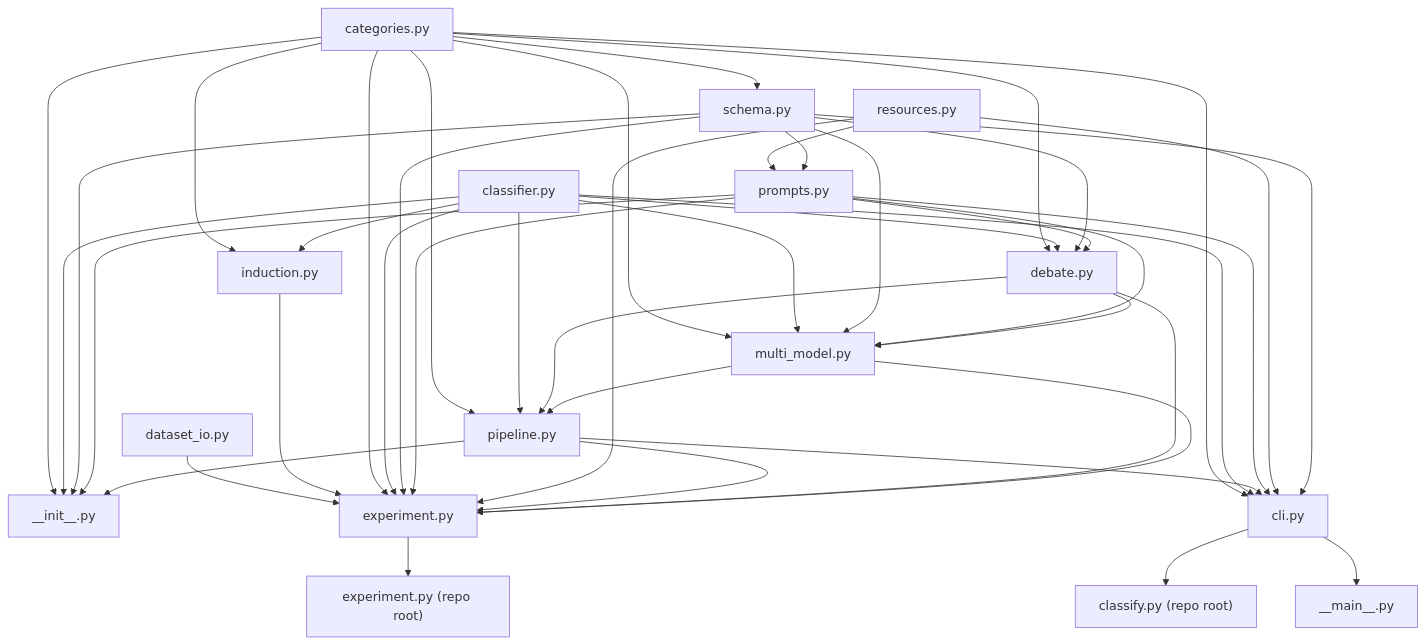
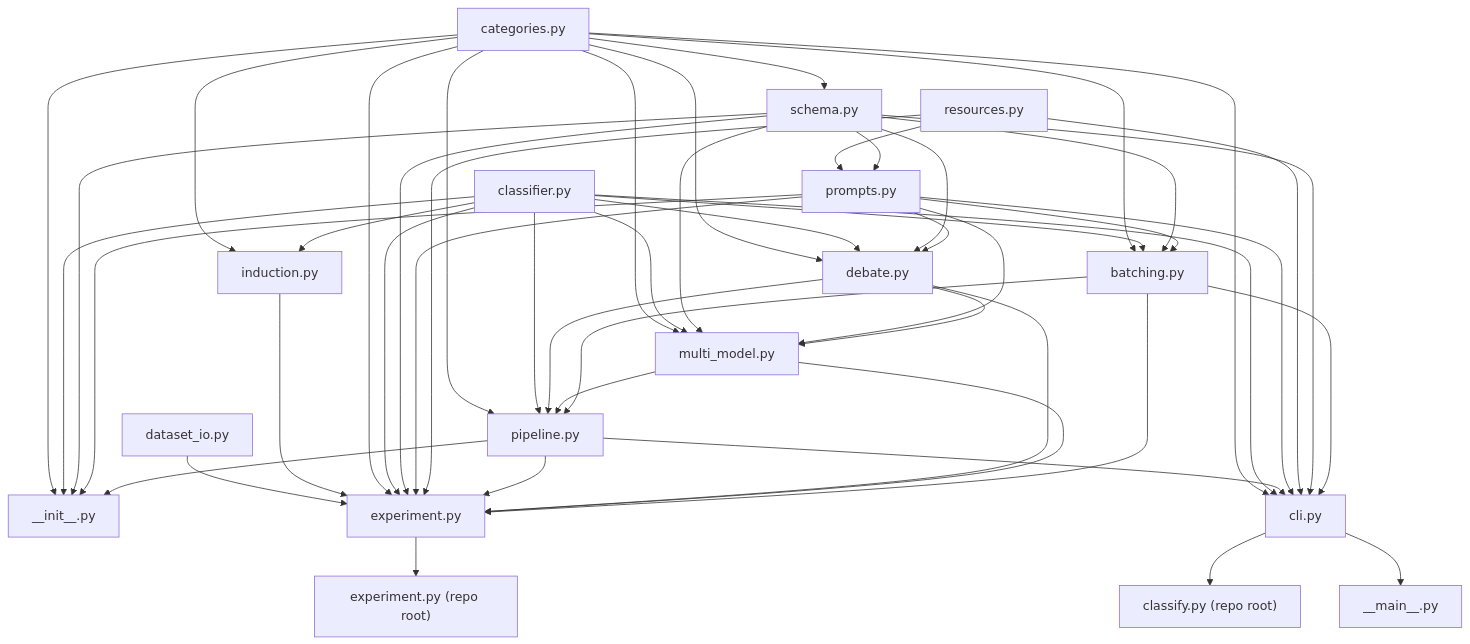
Before and after one commit to bastianellie/ds-query-classification: the diagram in spec/ARCHITECTURE.md, drawn with Mermaid. The commit also changed other lines of this file and 8 other files, not shown here.

````diff
--- a/spec/ARCHITECTURE.md
+++ b/spec/ARCHITECTURE.md
@@ -18,45 +18,52 @@
 ```mermaid
 graph TD
     categories[categories.py] --> schema[schema.py]
     categories --> pipeline[pipeline.py]
     categories --> init["__init__.py"]
     categories --> debate[debate.py]
     classifier[classifier.py] --> pipeline
     classifier --> init
     classifier --> debate
     resources[resources.py] --> prompts[prompts.py]
     schema --> prompts
     schema --> init
     schema --> debate
     prompts --> init
     prompts --> debate
     categories --> multi_model[multi_model.py]
     classifier --> multi_model
     schema --> multi_model
     prompts --> multi_model
     debate --> multi_model
     debate --> pipeline
     multi_model --> pipeline
+    categories --> batching[batching.py]
+    classifier --> batching
+    schema --> batching
+    prompts --> batching
+    batching --> pipeline
     pipeline --> init
     categories --> cli[cli.py]
     classifier --> cli
     pipeline --> cli
     prompts --> cli
     resources --> cli
     schema --> cli
+    batching --> cli
     cli --> main["__main__.py"]
     cli --> classify_py["classify.py (repo root)"]
     categories --> induction[induction.py]
     classifier --> induction
     dataset_io[dataset_io.py] --> experiment[experiment.py]
     induction --> experiment
     categories --> experiment
     classifier --> experiment
     schema --> experiment
     prompts --> experiment
     resources --> experiment
     pipeline --> experiment
     debate --> experiment
     multi_model --> experiment
+    batching --> experiment
     experiment --> experiment_py["experiment.py (repo root)"]
 ```
````
